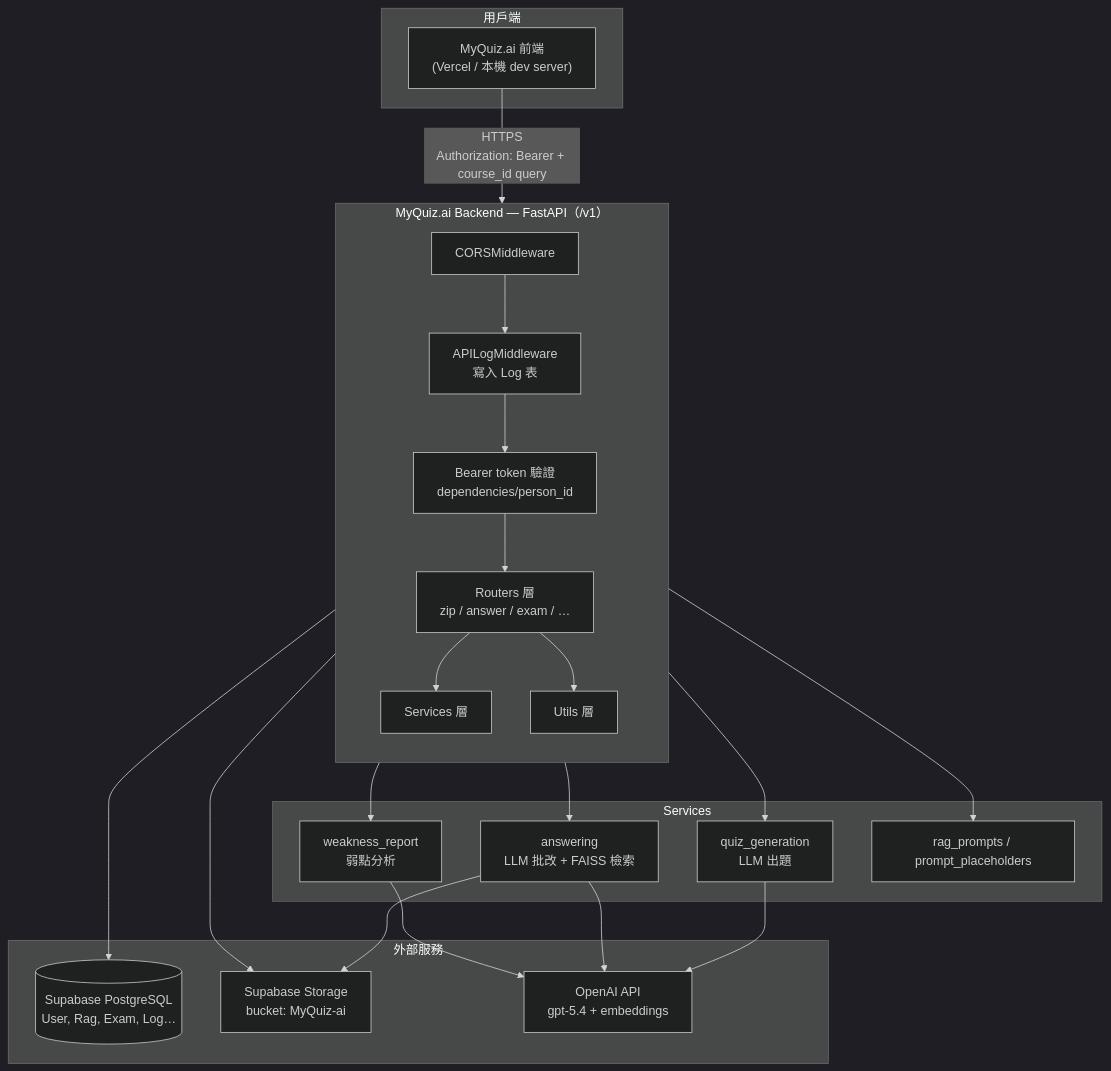
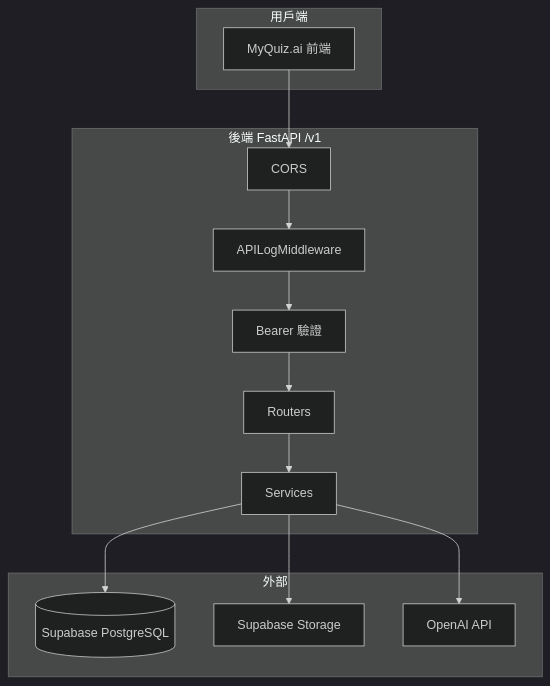
Before and after one commit to kevin7261/MyQuiz-ai-backend: the first of 6 diagrams in README.md, drawn with Mermaid (dark theme). The commit also changed other lines of this file and 5 other files, not shown here.

First line of the commit message:
Update README and Database Schema for Quiz Functionality Enhancements

````diff
--- a/README.md
+++ b/README.md
@@ -69,46 +166,22 @@
 ```mermaid
 flowchart TB
     subgraph Client["用戶端"]
-        FE["MyQuiz.ai 前端<br/>(Vercel / 本機 dev server)"]
+        FE["MyQuiz.ai 前端"]
     end
-
-    subgraph Backend["MyQuiz.ai Backend — FastAPI（/v1）"]
-        direction TB
-        CORS["CORSMiddleware"]
-        LOG["APILogMiddleware<br/>寫入 Log 表"]
-        AUTH["Bearer token 驗證<br/>dependencies/person_id"]
-        ROUTERS["Routers 層<br/>zip / answer / exam / …"]
-        SERVICES["Services 層"]
-        UTILS["Utils 層"]
+    subgraph Backend["後端 FastAPI /v1"]
+        CORS["CORS"]
+        LOG["APILogMiddleware"]
+        AUTH["Bearer 驗證"]
+        ROUTERS["Routers"]
+        SERVICES["Services"]
     end
-
-    subgraph ServicesDetail["Services"]
-        QG["quiz_generation<br/>LLM 出題"]
-        GR["answering<br/>LLM 批改 + FAISS 檢索"]
-        WR["weakness_report<br/>弱點分析"]
-        RAGP["rag_prompts / prompt_placeholders"]
+    subgraph External["外部"]
+        PG[("Supabase PostgreSQL")]
+        ST["Supabase Storage"]
+        OAI["OpenAI API"]
     end
-
-    subgraph External["外部服務"]
-        PG[("Supabase PostgreSQL<br/>User, Rag, Exam, Log…")]
-        ST["Supabase Storage<br/>bucket: MyQuiz-ai"]
-        OAI["OpenAI API<br/>gpt-5.4 + embeddings"]
-    end
-
-    FE -->|"HTTPS<br/>Authorization: Bearer + course_id query"| CORS
-    CORS --> LOG
-    LOG --> AUTH
-    AUTH --> ROUTERS
-    ROUTERS --> SERVICES
-    ROUTERS --> UTILS
-    SERVICES --> QG
-    SERVICES --> GR
-    SERVICES --> WR
-    SERVICES --> RAGP
-    UTILS --> PG
-    UTILS --> ST
-    QG --> OAI
-    GR --> OAI
-    GR --> ST
-    WR --> OAI
+    FE --> CORS --> LOG --> AUTH --> ROUTERS --> SERVICES
+    SERVICES --> PG
+    SERVICES --> ST
+    SERVICES --> OAI
 ```
````
